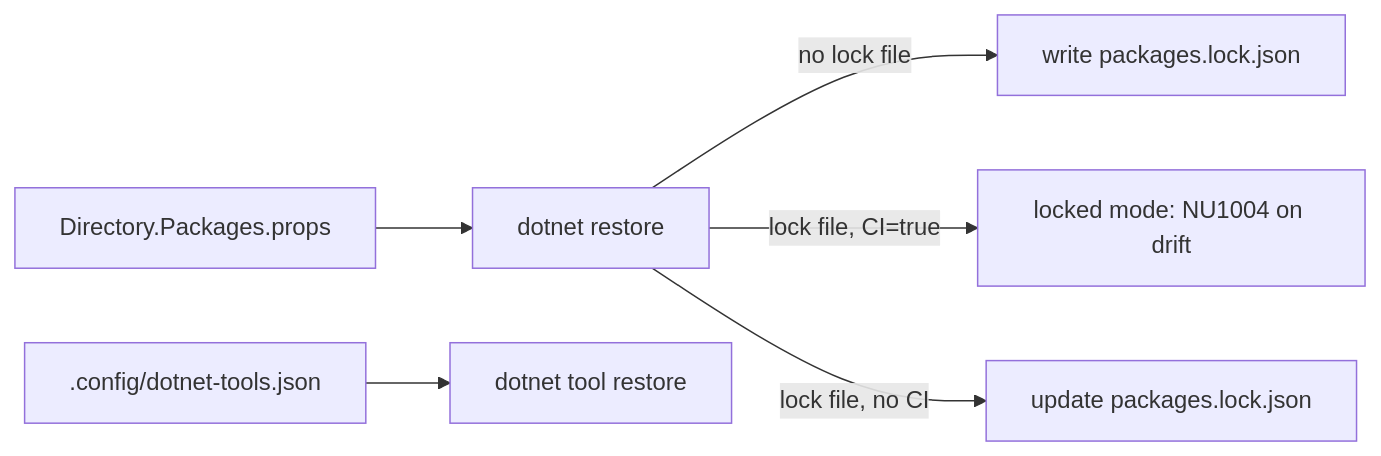
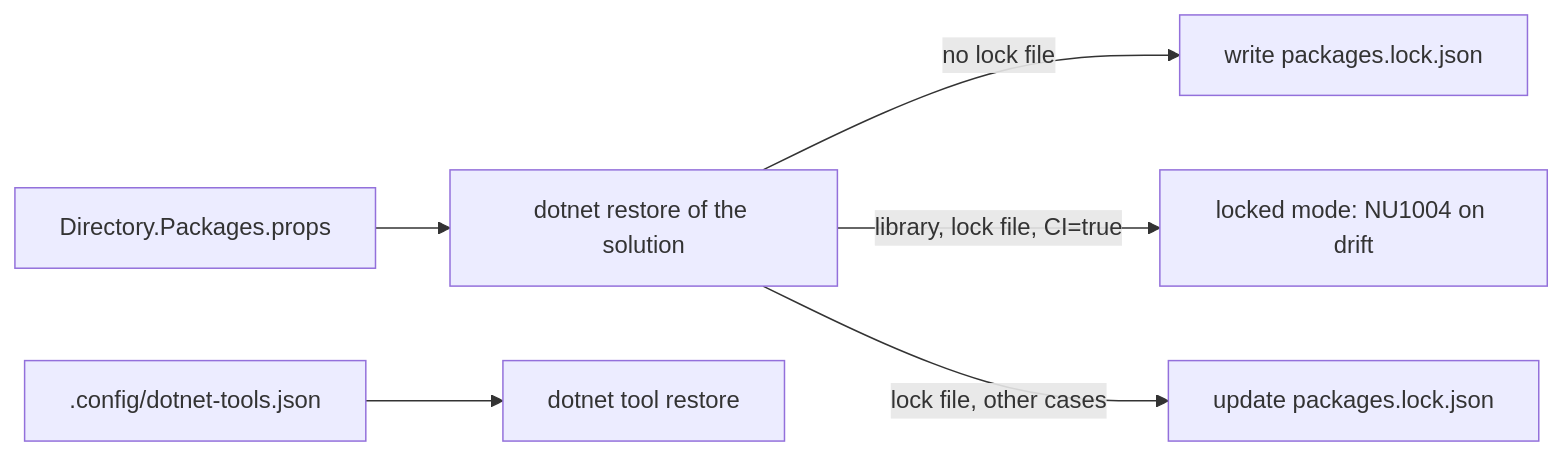
One commit to TheAngryByrd/MiniScaffold changed the diagram in lode/template/dependencies.md. Above: the diagram before and after it, drawn with Mermaid. The commit also changed other lines of this file and 12 other files, not shown here.

````diff
--- a/lode/template/dependencies.md
+++ b/lode/template/dependencies.md
@@ -6,8 +6,8 @@
 ```mermaid
 flowchart LR
-    Props["Directory.Packages.props"] --> Restore["dotnet restore"]
+    Props["Directory.Packages.props"] --> Restore["dotnet restore of the solution"]
     Restore -->|no lock file| Create["write packages.lock.json"]
-    Restore -->|lock file, CI=true| Locked["locked mode: NU1004 on drift"]
-    Restore -->|lock file, no CI| Update["update packages.lock.json"]
+    Restore -->|library, lock file, CI=true| Locked["locked mode: NU1004 on drift"]
+    Restore -->|lock file, other cases| Update["update packages.lock.json"]
     Tools[".config/dotnet-tools.json"] --> ToolRestore["dotnet tool restore"]
 ```
````
